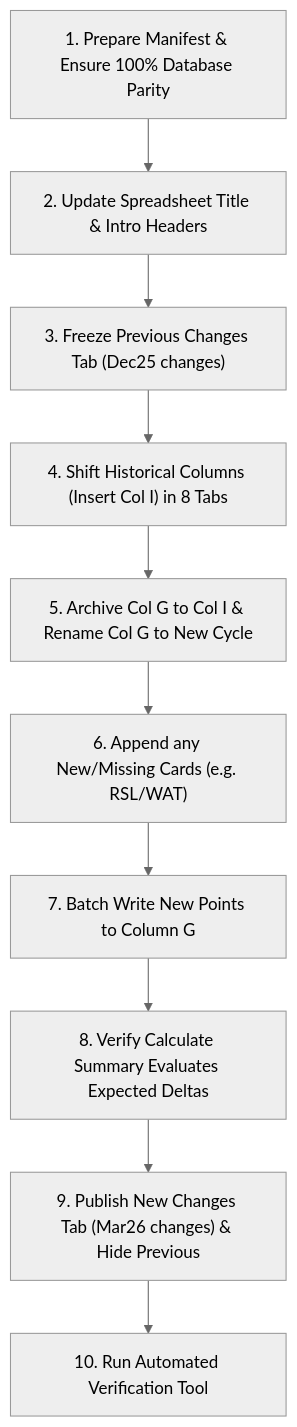
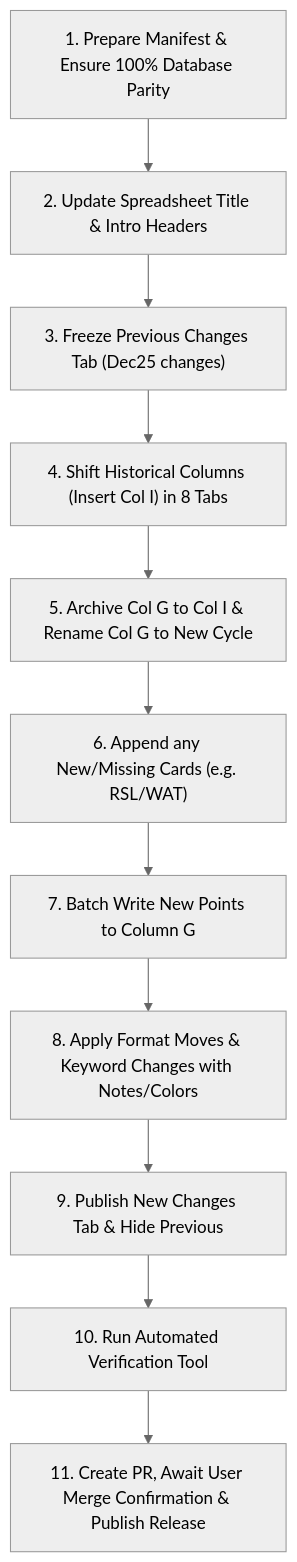
One commit to SogeMoge/xwing-data2-legacy changed the diagram in .agents/skills/update-points-sheet/SKILL.md. Above: the diagram before and after it, drawn with Mermaid (neutral theme). The commit also changed other lines of this file and 2 other files, not shown here.

Commit message:
docs: add release and tag workflow with user merge confirmation to points skills

````diff
--- a/.agents/skills/update-points-sheet/SKILL.md
+++ b/.agents/skills/update-points-sheet/SKILL.md
@@ -81,12 +81,13 @@
 ```mermaid
 flowchart TD
     A["1. Prepare Manifest & Ensure 100% Database Parity"] --> B["2. Update Spreadsheet Title & Intro Headers"]
     B --> C["3. Freeze Previous Changes Tab (Dec25 changes)"]
     C --> D["4. Shift Historical Columns (Insert Col I) in 8 Tabs"]
     D --> E["5. Archive Col G to Col I & Rename Col G to New Cycle"]
     E --> F["6. Append any New/Missing Cards (e.g. RSL/WAT)"]
     F --> G["7. Batch Write New Points to Column G"]
-    G --> H["8. Verify Calculate Summary Evaluates Expected Deltas"]
-    H --> I["9. Publish New Changes Tab (Mar26 changes) & Hide Previous"]
+    G --> H["8. Apply Format Moves & Keyword Changes with Notes/Colors"]
+    H --> I["9. Publish New Changes Tab & Hide Previous"]
     I --> J["10. Run Automated Verification Tool"]
+    J --> K["11. Create PR, Await User Merge Confirmation & Publish Release"]
 ```
````
